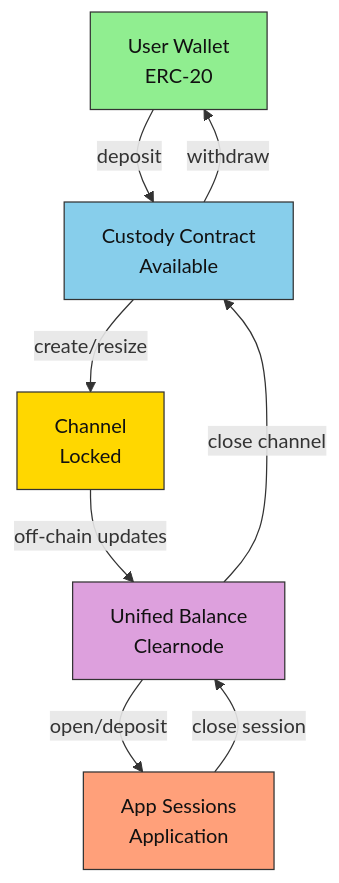
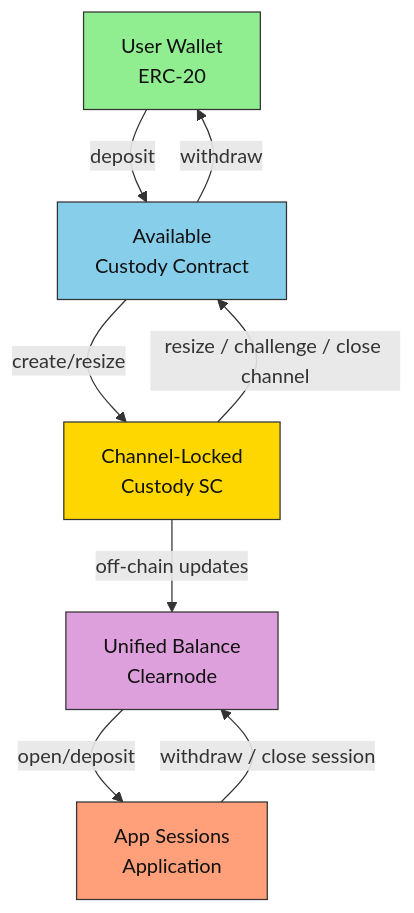
Before and after one commit to layer-3/docs: the fourth of 4 diagrams in docs/protocol/architecture.mdx, drawn with Mermaid. The commit also changed other lines of this file and 5 other files, not shown here.

````diff
--- a/docs/protocol/architecture.mdx
+++ b/docs/protocol/architecture.mdx
@@ -142,16 +154,16 @@
 ```mermaid
 graph TB
-    A[User Wallet<br/>ERC-20] -->|deposit| B[Custody Contract<br/>Available]
-    B -->|create/resize| C[Channel<br/>Locked]
+    A[User Wallet<br/>ERC-20] -->|deposit| B[Available<br/>Custody Contract]
+    B -->|create/resize| C[Channel-Locked<br/>Custody SC]
     C -->|off-chain updates| D[Unified Balance<br/>Clearnode]
     D -->|open/deposit| E[App Sessions<br/>Application]
-    E -->|close session| D
-    D -->|close channel| B
+    E -->|withdraw / close session| D
+    C -->|resize / challenge / close channel| B
     B -->|withdraw| A
     
     style A fill:#90EE90,stroke:#333,color:#111
     style B fill:#87CEEB,stroke:#333,color:#111
     style C fill:#FFD700,stroke:#333,color:#111
     style D fill:#DDA0DD,stroke:#333,color:#111
     style E fill:#FFA07A,stroke:#333,color:#111
 ```
````
